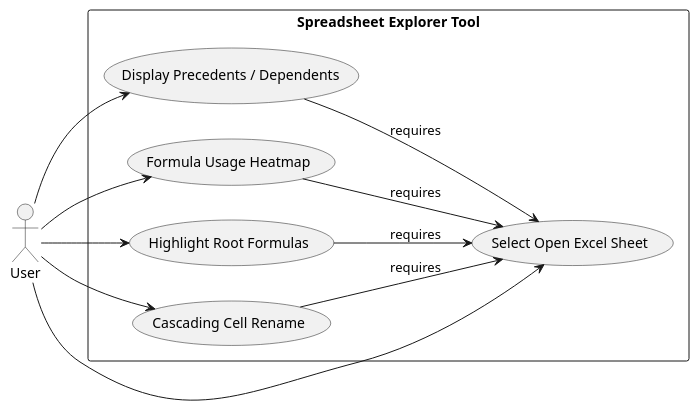
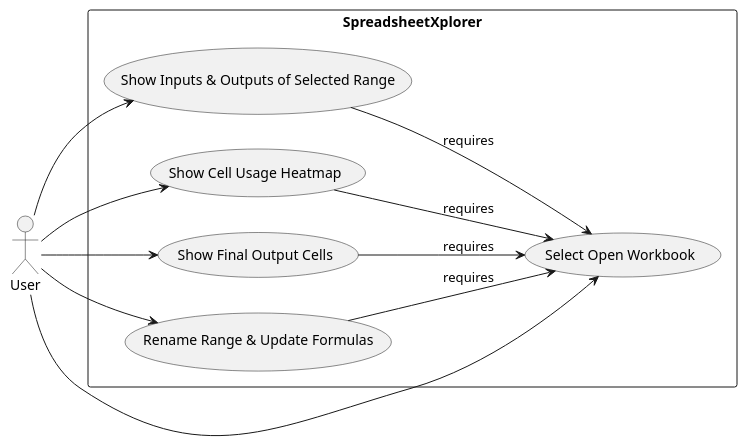
One commit to ByeByeExcel/SpreadsheetExplorer changed the diagram in diagrams/plantuml/requirements/UC_diagram.puml. Above: the diagram before and after it, drawn with PlantUML. The commit also changed 56 other files, not shown here.

Commit message:
* adjusted diagram texts * added tests * fixed PyInstaller * removed unnecessary code * extended README.md

```diff
--- a/diagrams/plantuml/requirements/UC_diagram.puml
+++ b/diagrams/plantuml/requirements/UC_diagram.puml
@@ -1,22 +1,22 @@
 @startuml
 left to right direction
 actor User
-rectangle "Spreadsheet Explorer Tool" {
-  usecase "Select Open Excel Sheet" as UC1
-  usecase "Display Precedents / Dependents" as UC2
-  usecase "Formula Usage Heatmap" as UC3
-  usecase "Highlight Root Formulas" as UC4
-  usecase "Cascading Cell Rename" as UC5
+rectangle "SpreadsheetXplorer" {
+  usecase "Select Open Workbook" as UC1
+  usecase "Show Inputs & Outputs of Selected Range" as UC2
+  usecase "Show Cell Usage Heatmap" as UC3
+  usecase "Show Final Output Cells" as UC4
+  usecase "Rename Range & Update Formulas" as UC5
 }
 
 User --> UC1
 User --> UC2
 User --> UC3
 User --> UC4
 User --> UC5
 
 UC2 --> UC1 : requires
 UC3 --> UC1 : requires
 UC4 --> UC1 : requires
 UC5 --> UC1 : requires
 @enduml
```
